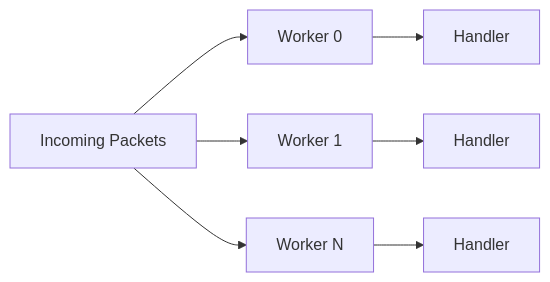
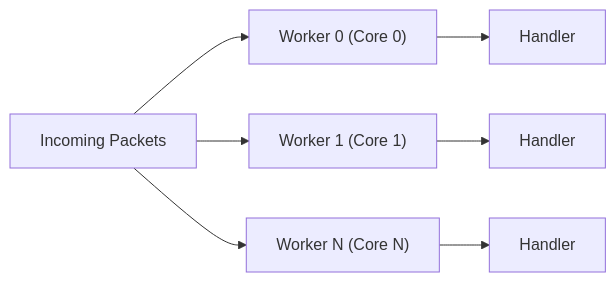
The diagram in docs/concepts/internals/performance-optimizations.md (ppn-systems/Nalix), drawn with Mermaid before and after one commit. The commit also changed other lines of this file and 89 other files, not shown here.

````diff
--- a/docs/concepts/internals/performance-optimizations.md
+++ b/docs/concepts/internals/performance-optimizations.md
@@ -38,9 +38,9 @@
 ```mermaid
 graph LR
-    Incoming["Incoming Packets"] --> Shard0["Worker 0"]
-    Incoming --> Shard1["Worker 1"]
-    Incoming --> ShardN["Worker N"]
+    Incoming["Incoming Packets"] --> Shard0["Worker 0 (Core 0)"]
+    Incoming --> Shard1["Worker 1 (Core 1)"]
+    Incoming --> ShardN["Worker N (Core N)"]
     Shard0 --> Handler0["Handler"]
     Shard1 --> Handler1["Handler"]
     ShardN --> HandlerN["Handler"]
 ```
````
